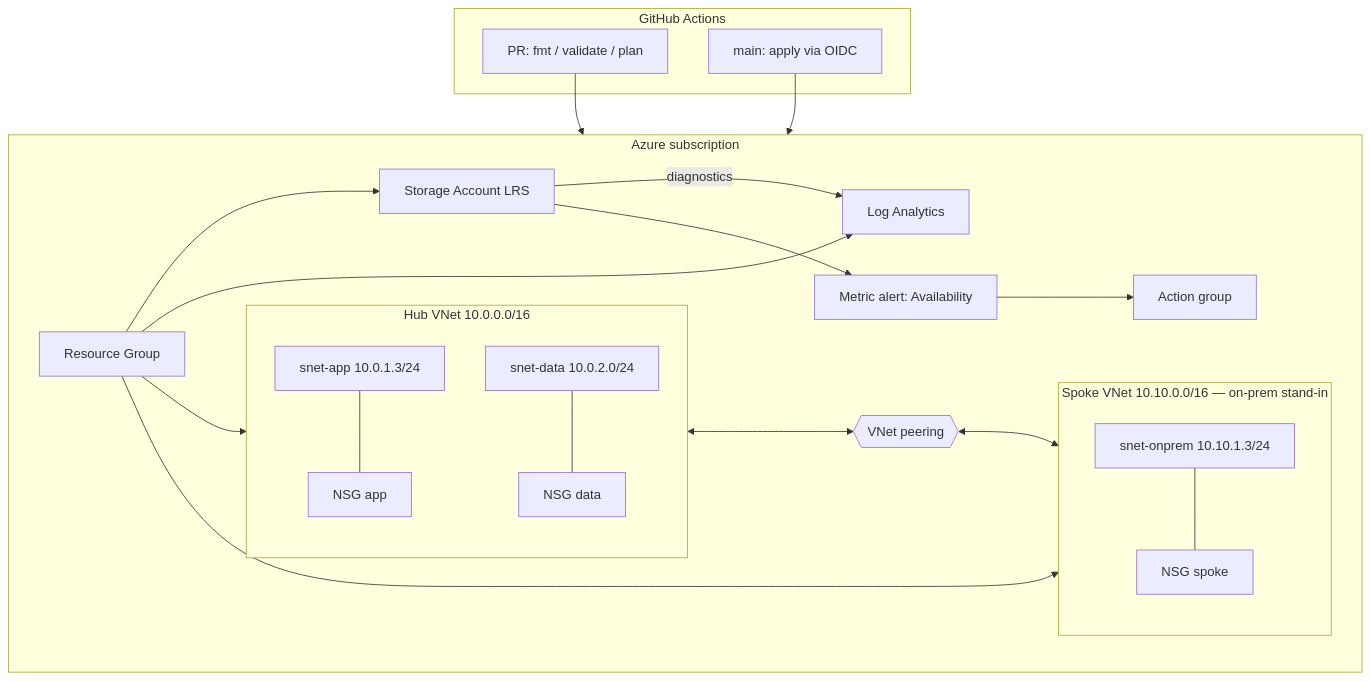
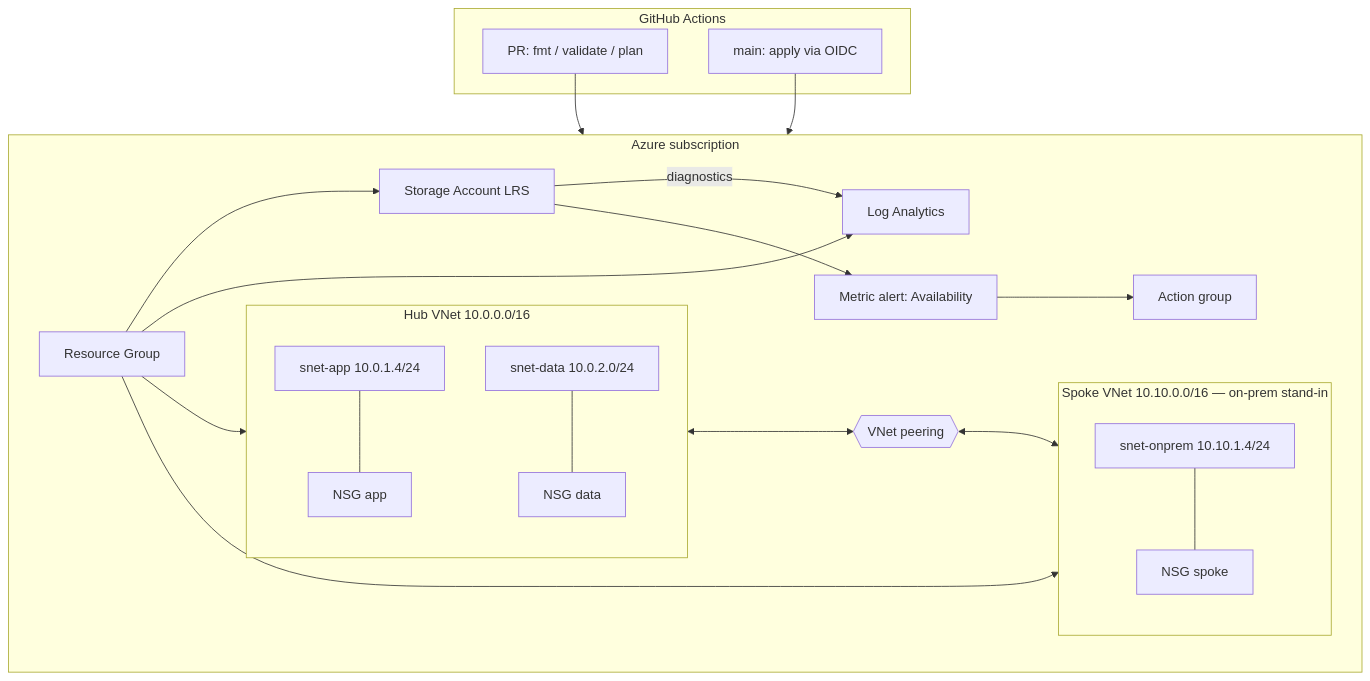
Before and after one commit to jeremylongshore/azure-landing-zone-starter: the diagram in README.md, drawn with Mermaid. The commit also changed 2 other files, not shown here.

````diff
--- a/README.md
+++ b/README.md
@@ -30,45 +30,45 @@
 ```mermaid
 flowchart TB
   subgraph gh [GitHub Actions]
     PR[PR: fmt / validate / plan]
     MAIN[main: apply via OIDC]
   end
 
   subgraph azure [Azure subscription]
     RG[Resource Group]
 
     subgraph hub [Hub VNet 10.0.0.0/16]
-      APP[snet-app 10.0.1.3/24]
+      APP[snet-app 10.0.1.4/24]
       DATA[snet-data 10.0.2.0/24]
       NSG_A[NSG app]
       NSG_D[NSG data]
       APP --- NSG_A
       DATA --- NSG_D
     end
 
     subgraph spoke [Spoke VNet 10.10.0.0/16 — on-prem stand-in]
-      ONPREM[snet-onprem 10.10.1.3/24]
+      ONPREM[snet-onprem 10.10.1.4/24]
       NSG_S[NSG spoke]
       ONPREM --- NSG_S
     end
 
     PEER{{VNet peering}}
     hub <--> PEER <--> spoke
 
     SA[Storage Account LRS]
     LAW[Log Analytics]
     ALERT[Metric alert: Availability]
     AG[Action group]
 
     RG --> hub
     RG --> spoke
     RG --> SA
     RG --> LAW
     SA -->|diagnostics| LAW
     SA --> ALERT
     ALERT --> AG
   end
 
   PR --> azure
   MAIN --> azure
 ```
````
